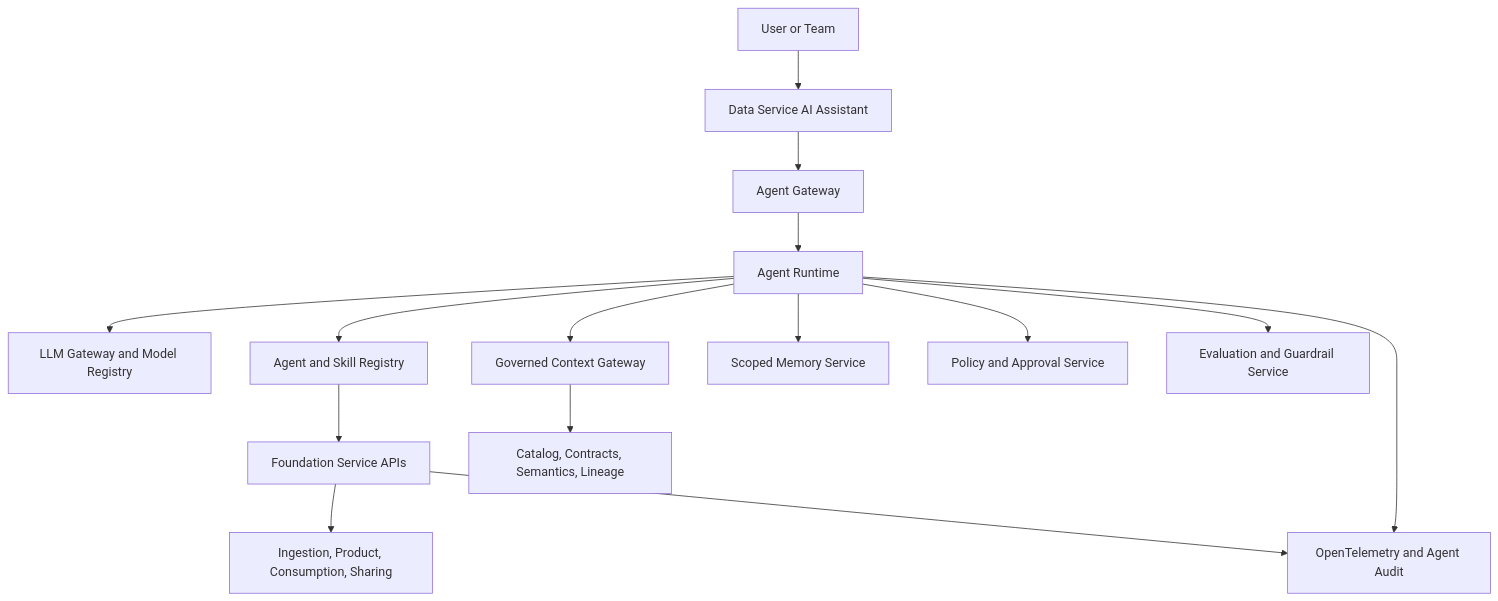
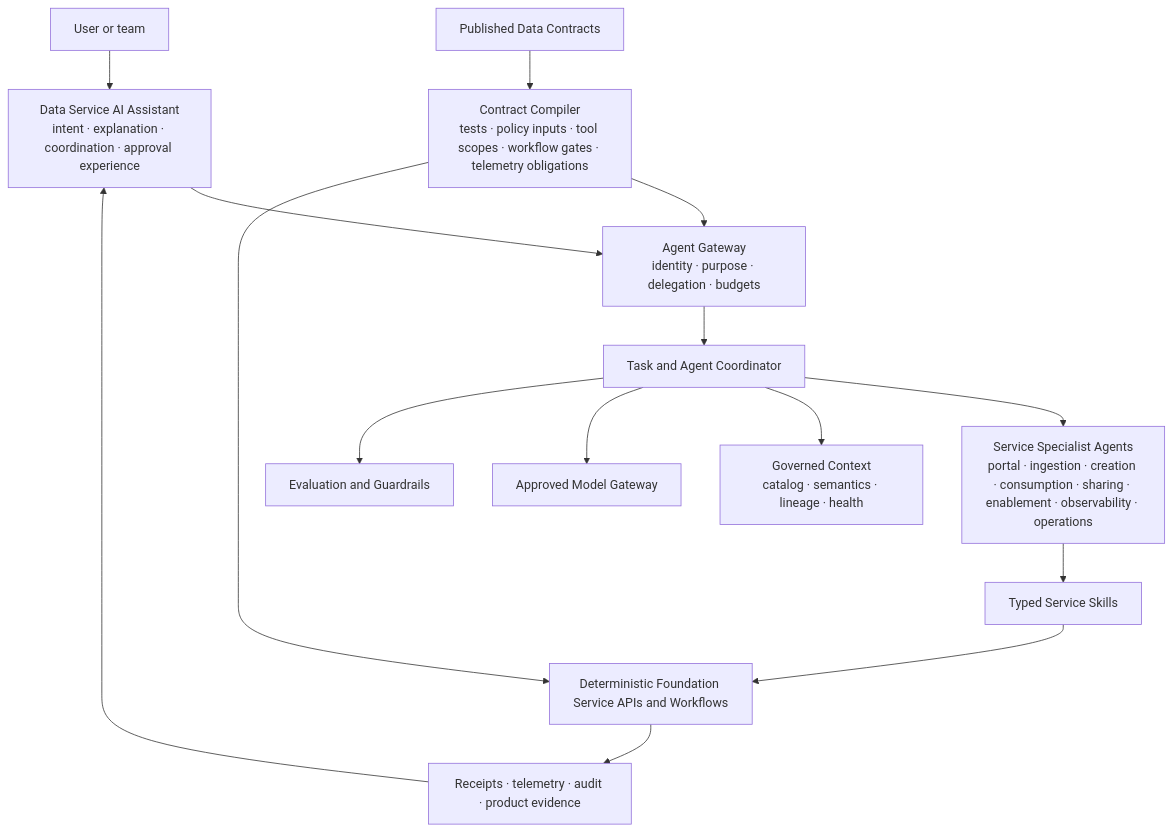
One commit to cong78/data-foundation-architecture changed the first of 2 diagrams in docs/architecture/agentic-data-foundation.md. Above: the diagram before and after it, drawn with Mermaid. The commit also changed other lines of this file and 88 other files, not shown here.

Commit message:
Refine architecture guidance and delivery structure

````diff
--- a/docs/architecture/agentic-data-foundation.md
+++ b/docs/architecture/agentic-data-foundation.md
@@ -20,21 +32,19 @@
 ```mermaid
 flowchart TB
-    USER[User or Team] --> ASSIST[Data Service AI Assistant]
+    USER["User or team"] --> ASSIST["Data Service AI Assistant<br/>intent · explanation · coordination · approval experience"]
+    ASSIST --> GATE["Agent Gateway<br/>identity · purpose · delegation · budgets"]
+    GATE --> COORD["Task and Agent Coordinator"]
+    COORD --> AGENTS["Service Specialist Agents<br/>portal · ingestion · creation · consumption · sharing · enablement · observability · operations"]
+    AGENTS --> SKILLS["Typed Service Skills"]
+    SKILLS --> APIS["Deterministic Foundation Service APIs and Workflows"]
 
-    ASSIST --> GATE[Agent Gateway]
-    GATE --> RUNTIME[Agent Runtime]
+    CONTRACTS["Published Data Contracts"] --> COMPILE["Contract Compiler<br/>tests · policy inputs · tool scopes · workflow gates · telemetry obligations"]
+    COMPILE --> GATE
+    COMPILE --> APIS
 
-    RUNTIME --> MODELS[LLM Gateway and Model Registry]
-    RUNTIME --> SKILLS[Agent and Skill Registry]
-    RUNTIME --> CONTEXT[Governed Context Gateway]
-    RUNTIME --> MEMORY[Scoped Memory Service]
-    RUNTIME --> POLICY[Policy and Approval Service]
-    RUNTIME --> EVAL[Evaluation and Guardrail Service]
-
-    SKILLS --> APIS[Foundation Service APIs]
-    CONTEXT --> META[Catalog, Contracts, Semantics, Lineage]
-    APIS --> DATA[Ingestion, Product, Consumption, Sharing]
-
-    RUNTIME --> OBS[OpenTelemetry and Agent Audit]
-    APIS --> OBS
+    COORD --> CONTEXT["Governed Context<br/>catalog · semantics · lineage · health"]
+    COORD --> MODELS["Approved Model Gateway"]
+    COORD --> EVAL["Evaluation and Guardrails"]
+    APIS --> EVIDENCE["Receipts · telemetry · audit · product evidence"]
+    EVIDENCE --> ASSIST
 ```
````
